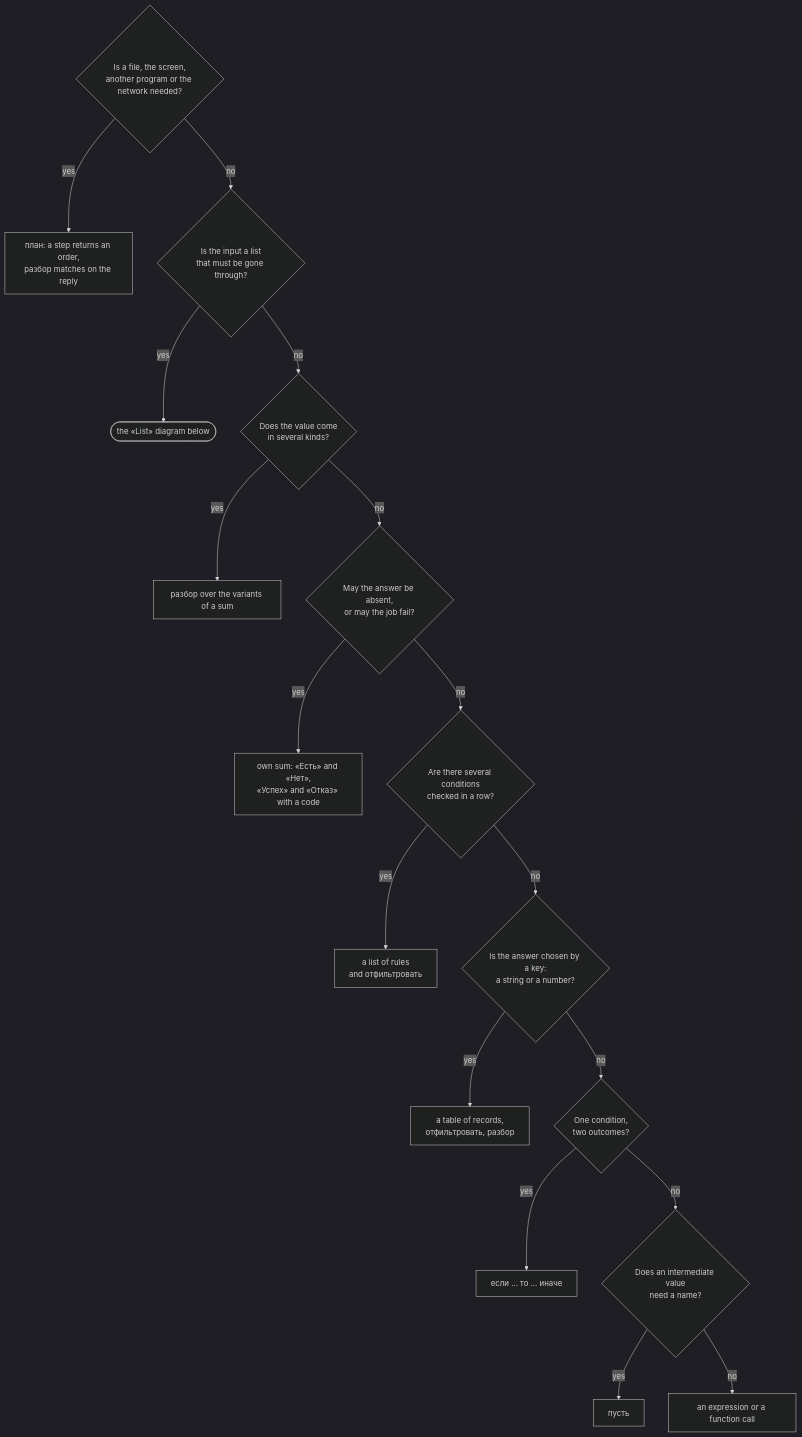
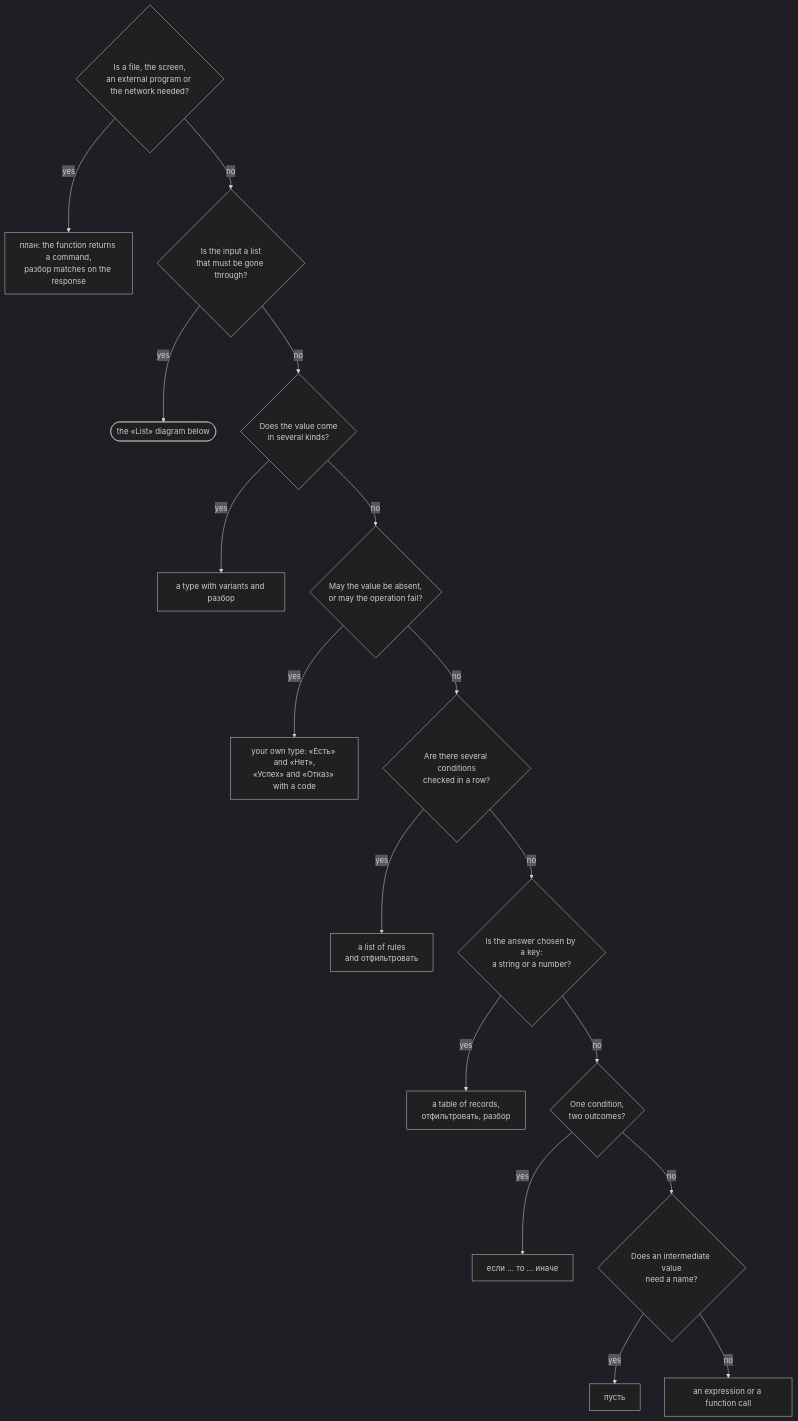
One commit to MyWWWChat/flang changed the first of 4 diagrams in docs/site/which-construct.md. Above: the diagram before and after it, drawn with Mermaid (dark theme). The commit also changed other lines of this file and 1 other file, not shown here.

First line of the commit message:
docs(guide): rewrite the construct chooser for a working programmer

````diff
--- a/docs/site/which-construct.md
+++ b/docs/site/which-construct.md
@@ -33,22 +86,22 @@
-```mermaid What to do and which construct to take
+```mermaid What you need to do and what to write
 flowchart TD
-  Q1{Is a file, the screen,<br>another program or the network needed?}
-  Q1 -->|yes| R1[план: a step returns an order,<br>разбор matches on the reply]
+  Q1{Is a file, the screen,<br>an external program or the network needed?}
+  Q1 -->|yes| R1[план: the function returns a command,<br>разбор matches on the response]
   Q1 -->|no| Q2{Is the input a list<br>that must be gone through?}
   Q2 -->|yes| R2([the «List» diagram below])
   Q2 -->|no| Q3{Does the value come<br>in several kinds?}
-  Q3 -->|yes| R3[разбор over the variants of a sum]
-  Q3 -->|no| Q4{May the answer be absent,<br>or may the job fail?}
-  Q4 -->|yes| R4[own sum: «Есть» and «Нет»,<br>«Успех» and «Отказ» with a code]
+  Q3 -->|yes| R3[a type with variants and разбор]
+  Q3 -->|no| Q4{May the value be absent,<br>or may the operation fail?}
+  Q4 -->|yes| R4[your own type: «Есть» and «Нет»,<br>«Успех» and «Отказ» with a code]
   Q4 -->|no| Q5{Are there several conditions<br>checked in a row?}
   Q5 -->|yes| R5[a list of rules<br>and отфильтровать]
   Q5 -->|no| Q6{Is the answer chosen by a key:<br>a string or a number?}
   Q6 -->|yes| R6[a table of records,<br>отфильтровать, разбор]
   Q6 -->|no| Q7{One condition,<br>two outcomes?}
   Q7 -->|yes| R7[если … то … иначе]
   Q7 -->|no| Q8{Does an intermediate value<br>need a name?}
   Q8 -->|yes| R8[пусть]
   Q8 -->|no| R9[an expression or a function call]
   class R3 glavnoe
   class R1,R4,R5,R6,R7,R8,R9 vyvod
 ```
````
